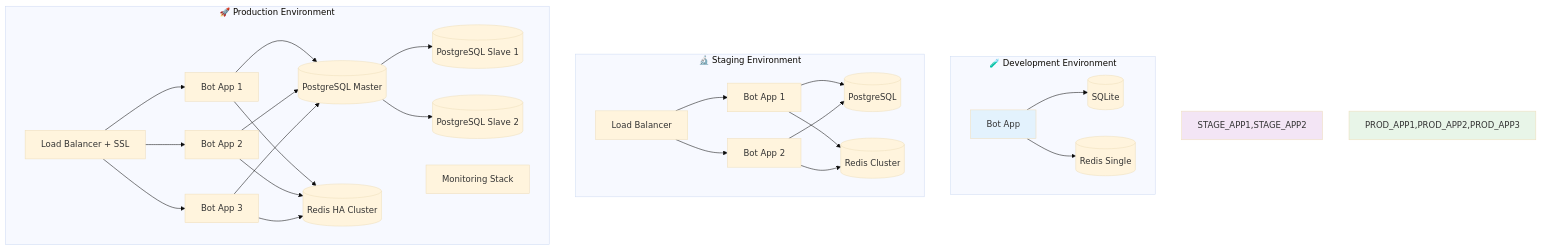
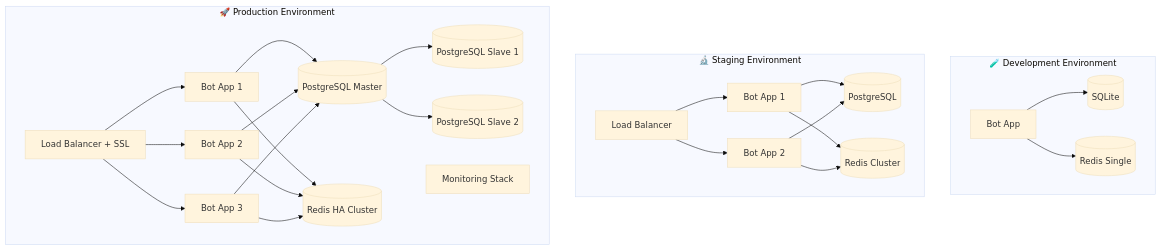
One commit to neKamita/Mirza-Telegram-Shop-Bot changed the fifth of 10 diagrams in docs/DEPLOYMENT.md. Above: the diagram before and after it, drawn with Mermaid (base theme). The commit also changed other lines of this file and 2 other files, not shown here.

````diff
--- a/docs/DEPLOYMENT.md
+++ b/docs/DEPLOYMENT.md
@@ -174,54 +162,51 @@
 ```mermaid
 graph TB
     subgraph "🧪 Development Environment"
         DEV_APP[Bot App]
         DEV_DB[(SQLite)]
         DEV_REDIS[(Redis Single)]
     end
     
     subgraph "🔬 Staging Environment"
         STAGE_LB[Load Balancer]
         STAGE_APP1[Bot App 1]
         STAGE_APP2[Bot App 2]
         STAGE_DB[(PostgreSQL)]
         STAGE_REDIS[(Redis Cluster)]
     end
     
     subgraph "🚀 Production Environment"
         PROD_LB[Load Balancer + SSL]
         PROD_APP1[Bot App 1]
         PROD_APP2[Bot App 2]
         PROD_APP3[Bot App 3]
         PROD_DB_M[(PostgreSQL Master)]
         PROD_DB_S1[(PostgreSQL Slave 1)]
         PROD_DB_S2[(PostgreSQL Slave 2)]
         PROD_REDIS[(Redis HA Cluster)]
         PROD_MON[Monitoring Stack]
     end
     
     DEV_APP --> DEV_DB
     DEV_APP --> DEV_REDIS
     
     STAGE_LB --> STAGE_APP1
     STAGE_LB --> STAGE_APP2
     STAGE_APP1 --> STAGE_DB
     STAGE_APP2 --> STAGE_DB
     STAGE_APP1 --> STAGE_REDIS
     STAGE_APP2 --> STAGE_REDIS
     
     PROD_LB --> PROD_APP1
     PROD_LB --> PROD_APP2
     PROD_LB --> PROD_APP3
     PROD_APP1 --> PROD_DB_M
     PROD_APP2 --> PROD_DB_M
     PROD_APP3 --> PROD_DB_M
     PROD_DB_M --> PROD_DB_S1
     PROD_DB_M --> PROD_DB_S2
     PROD_APP1 --> PROD_REDIS
     PROD_APP2 --> PROD_REDIS
     PROD_APP3 --> PROD_REDIS
     
-    style DEV_APP fill:#e3f2fd
-    style STAGE_APP1,STAGE_APP2 fill:#f3e5f5
-    style PROD_APP1,PROD_APP2,PROD_APP3 fill:#e8f5e8
 ```
````
